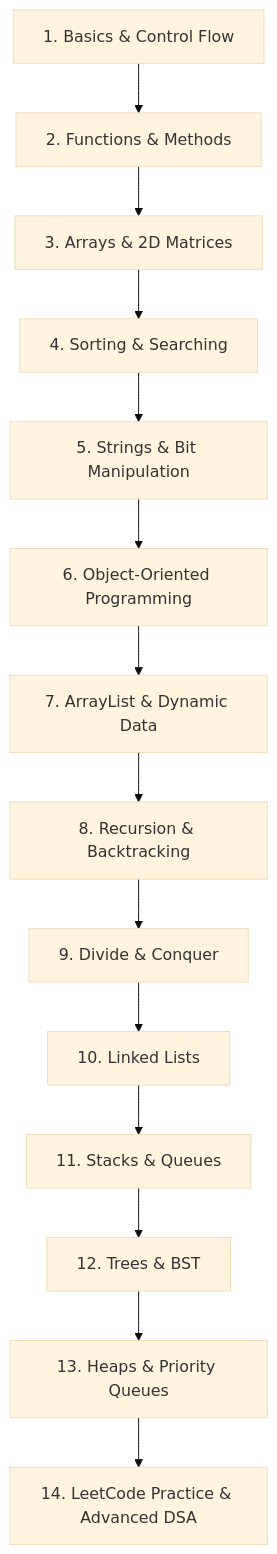
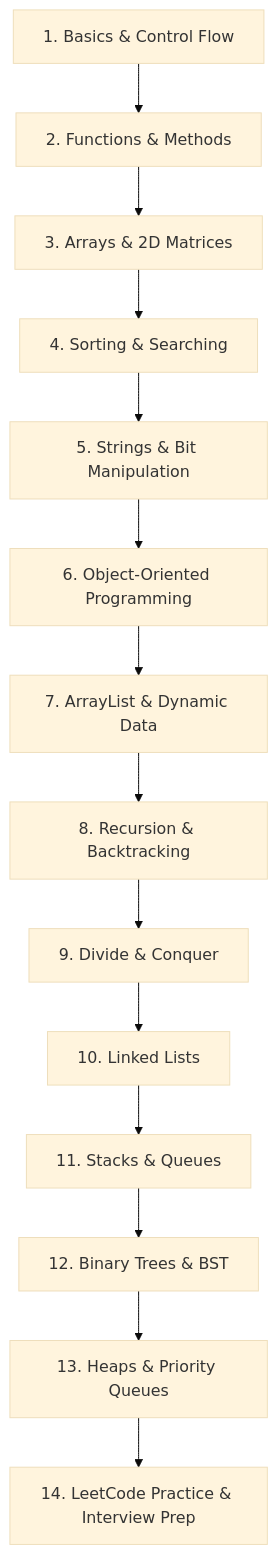
One commit to Divyansh-2309git/JAVA-FUNDAMENTALS---DSA changed the diagram in README.md. Above: the diagram before and after it, drawn with Mermaid (base theme). The commit also changed other lines of this file and 302 other files, not shown here.

````diff
--- a/README.md
+++ b/README.md
@@ -107,16 +113,16 @@
 ```mermaid
 graph TD
-    A[1. Basics & Control Flow] --> B[2. Functions & Methods]
-    B --> C[3. Arrays & 2D Matrices]
-    C --> D[4. Sorting & Searching]
-    D --> E[5. Strings & Bit Manipulation]
-    E --> F[6. Object-Oriented Programming]
-    F --> G[7. ArrayList & Dynamic Data]
-    G --> H[8. Recursion & Backtracking]
-    H --> I[9. Divide & Conquer]
-    I --> J[10. Linked Lists]
-    J --> K[11. Stacks & Queues]
-    K --> L[12. Trees & BST]
-    L --> M[13. Heaps & Priority Queues]
-    M --> N[14. LeetCode Practice & Advanced DSA]
+    A["1. Basics & Control Flow"] --> B["2. Functions & Methods"]
+    B --> C["3. Arrays & 2D Matrices"]
+    C --> D["4. Sorting & Searching"]
+    D --> E["5. Strings & Bit Manipulation"]
+    E --> F["6. Object-Oriented Programming"]
+    F --> G["7. ArrayList & Dynamic Data"]
+    G --> H["8. Recursion & Backtracking"]
+    H --> I["9. Divide & Conquer"]
+    I --> J["10. Linked Lists"]
+    J --> K["11. Stacks & Queues"]
+    K --> L["12. Binary Trees & BST"]
+    L --> M["13. Heaps & Priority Queues"]
+    M --> N["14. LeetCode Practice & Interview Prep"]
 ```
````
